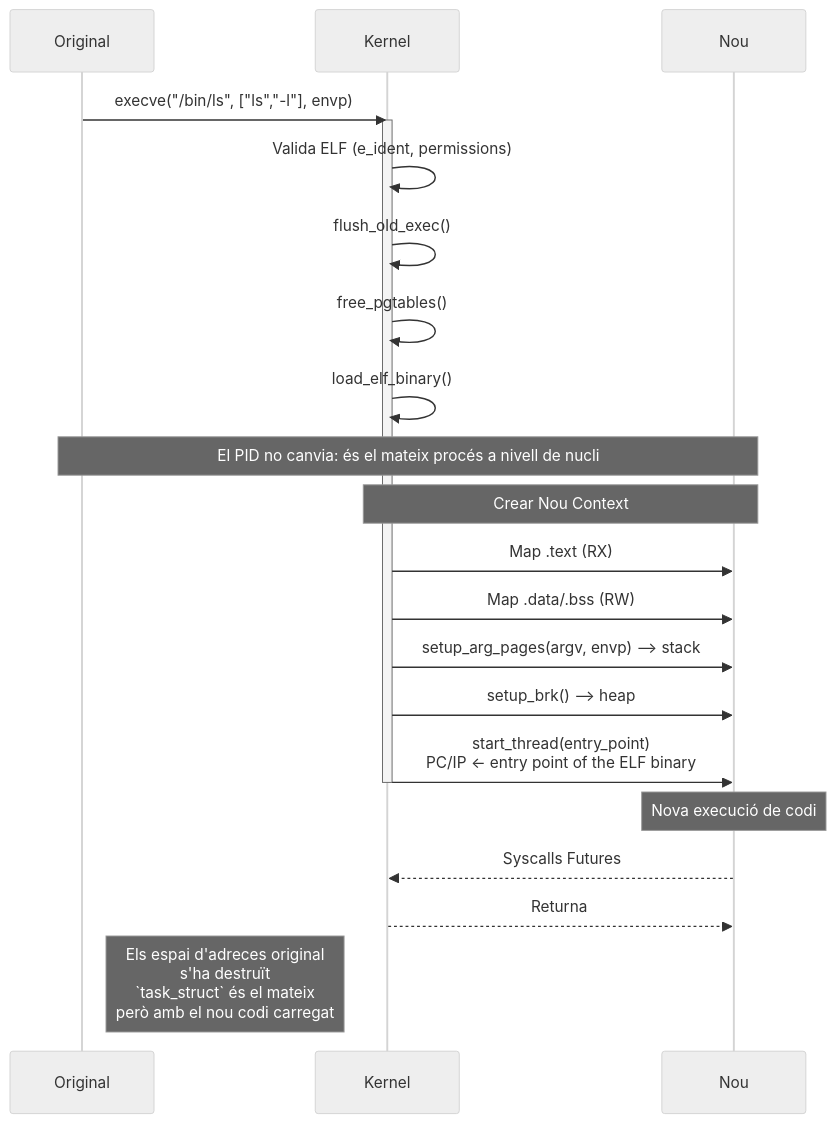
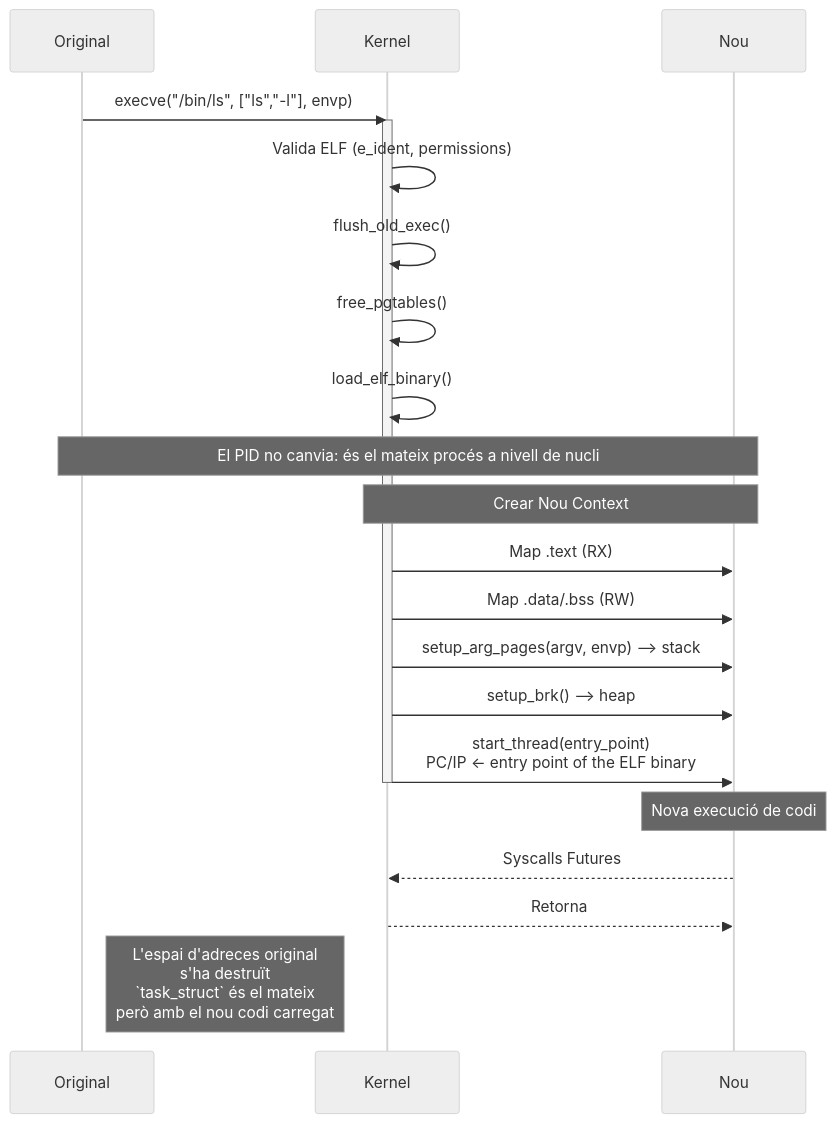
The tenth of 11 diagrams in blocs/02-proc/teoria/02-create.qmd (SO-UdL-EpS/course-site-igualada), drawn with Mermaid (neutral theme) before and after one commit. The commit also changed other lines of this file and 54 other files, not shown here.

````diff
--- a/blocs/02-proc/teoria/02-create.qmd
+++ b/blocs/02-proc/teoria/02-create.qmd
@@ -872,32 +876,32 @@
 ```{mermaid}
 %%| echo: false
 sequenceDiagram
     participant P as Original
     participant K as Kernel
     participant N as Nou
 
     P->>K: execve("/bin/ls", ["ls","-l"], envp)
     activate K
 
     K->>K: Valida ELF (e_ident, permissions)
     K->>K: flush_old_exec()
     K->>K: free_pgtables()
     K->>K: load_elf_binary()
 
     Note over P,N: El PID no canvia: és el mateix procés a nivell de nucli
 
     Note over K,N: Crear Nou Context
     K->>N: Map .text (RX)
     K->>N: Map .data/.bss (RW)
     K->>N: setup_arg_pages(argv, envp) ⟶ stack
     K->>N: setup_brk() ⟶ heap
     K->>N: start_thread(entry_point) <br> PC/IP ← entry point of the ELF binary
 
     deactivate K
 
     Note over N: Nova execució de codi
     N-->>K: Syscalls Futures
-    K-->>N: Returna
+    K-->>N: Retorna
 
-    Note right of P: Els espai d'adreces original <br> s'ha destruït <br> `task_struct` és el mateix <br> però amb el nou codi carregat
+    Note right of P: L'espai d'adreces original <br> s'ha destruït <br> `task_struct` és el mateix <br> però amb el nou codi carregat
 ```
````
